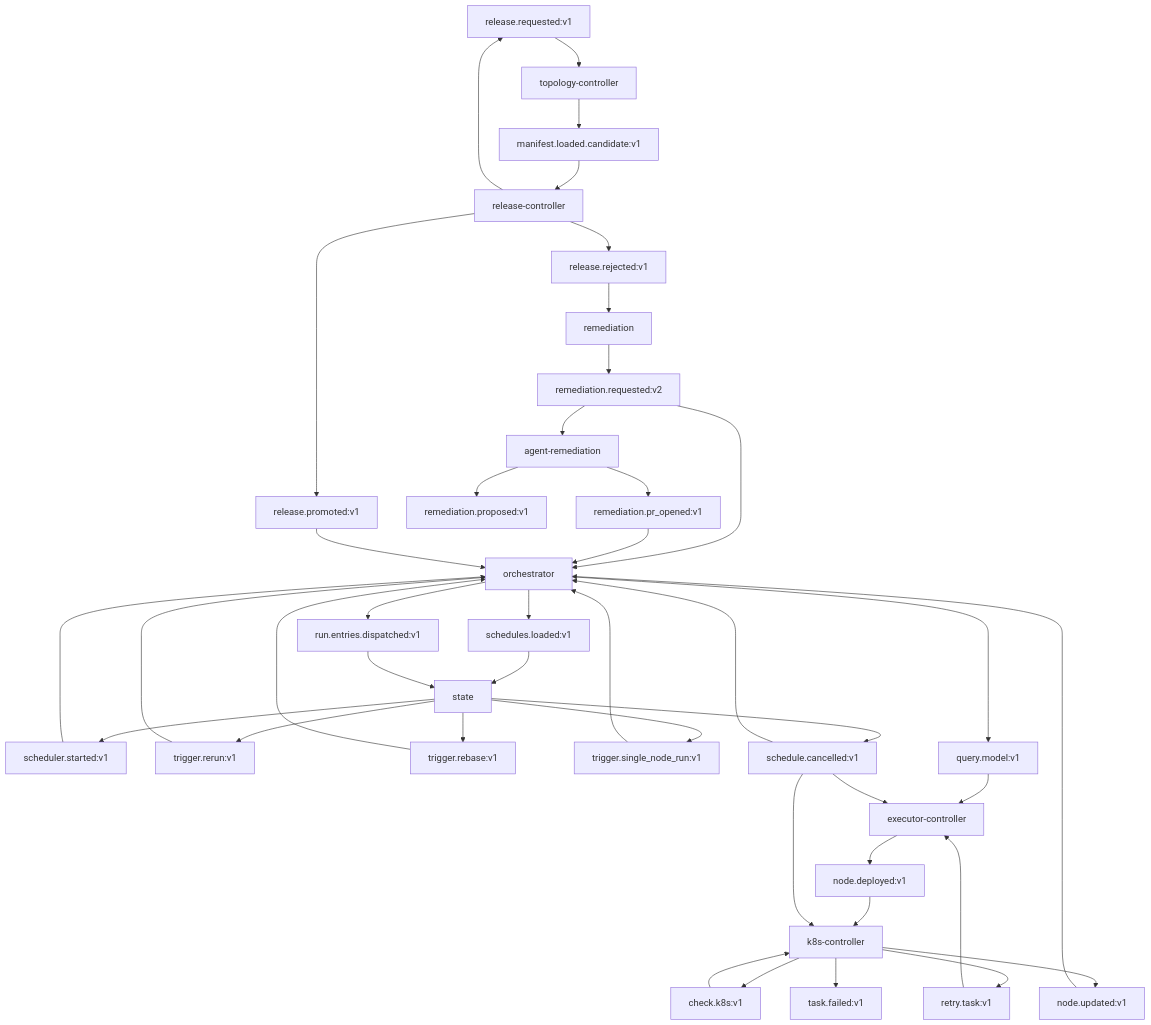
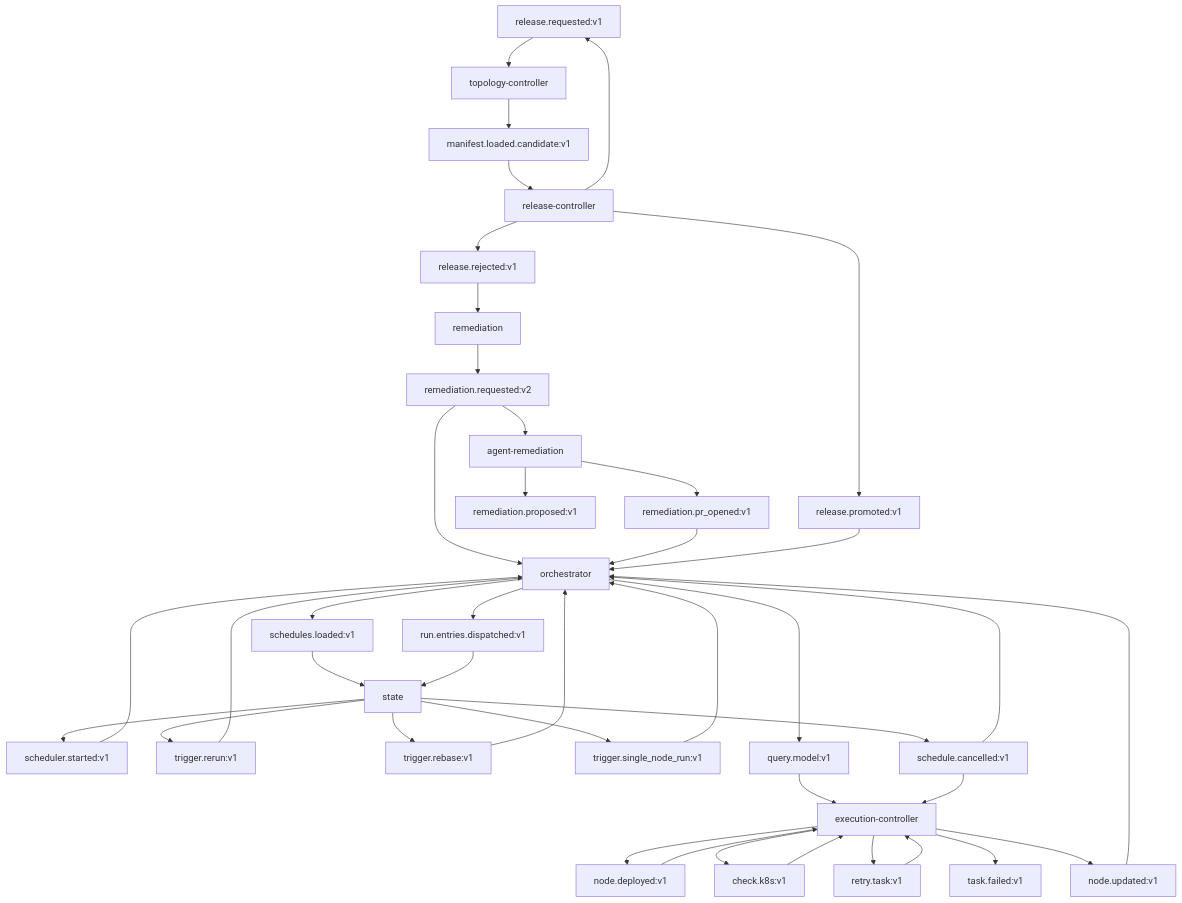
The second of 2 diagrams in docs/arch/01-topology.md (carolsimone/continuo), drawn with Mermaid before and after one commit. The commit also changed other lines of this file and 504 other files, not shown here.

First line of the commit message:
execution-controller: merge executor-controller and k8s-controller into one service (#553)

````diff
--- a/docs/arch/01-topology.md
+++ b/docs/arch/01-topology.md
@@ -81,75 +75,73 @@
 ```mermaid
 flowchart TD
   RR[release.requested:v1]
   MLC[manifest.loaded.candidate:v1]
   RP[release.promoted:v1]
   RREJ[release.rejected:v1]
   REMREQ[remediation.requested:v2]
   REMPROP[remediation.proposed:v1]
   PROPENED[remediation.pr_opened:v1]
   SL[schedules.loaded:v1]
   SS[scheduler.started:v1]
   RED[run.entries.dispatched:v1]
   TRR[trigger.rerun:v1]
   TRB[trigger.rebase:v1]
   TSN[trigger.single_node_run:v1]
   QM[query.model:v1]
   ED[node.deployed:v1]
   KCV[check.k8s:v1]
   TR[retry.task:v1]
   TF[task.failed:v1]
   UT[node.updated:v1]
 
   RC[release-controller] --> RR
   RR --> MC[topology-controller]
   MC --> MLC
   MLC --> RC
   RC --> RP
   RC --> RREJ
   RREJ --> REM[remediation]
   REM --> REMREQ
   REMREQ --> REMA[agent-remediation]
   REMREQ --> OR[orchestrator]
   REMA --> REMPROP
   REMA --> PROPENED
   PROPENED --> OR
   RP --> OR
   OR --> SL
   SL --> ST[state]
 
   ST --> SS
   SS --> OR
   OR --> RED
   RED --> ST
 
   ST --> TRR
   TRR --> OR
 
   ST --> TRB
   TRB --> OR
 
   ST --> TSN
   TSN --> OR
 
   OR --> QM
 
-  QM --> EC[executor-controller]
+  QM --> EC[execution-controller]
   TR --> EC
 
   EC --> ED
-  ED --> KC[k8s-controller]
-
-  KC --> KCV
-  KCV --> KC
-  KC --> TR
-  KC --> TF
-  KC --> UT
+  ED --> EC
+  EC --> KCV
+  KCV --> EC
+  EC --> TR
+  EC --> TF
+  EC --> UT
 
   UT --> OR
 
   SC_EV[schedule.cancelled:v1]
   ST --> SC_EV
   SC_EV --> OR
   SC_EV --> EC
-  SC_EV --> KC
 ```
````
